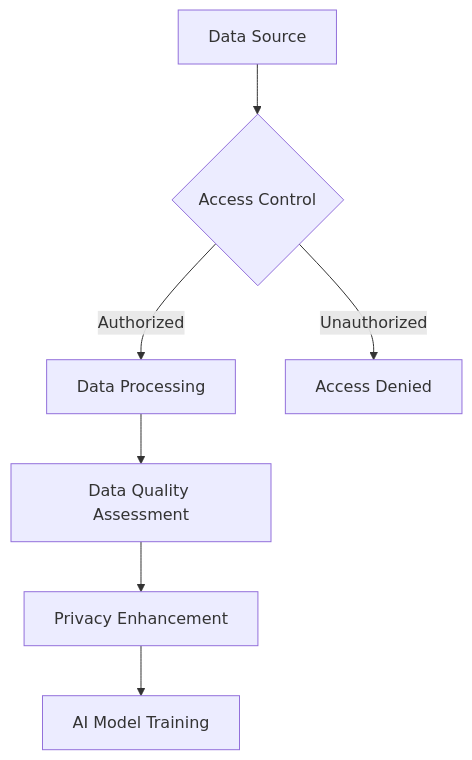
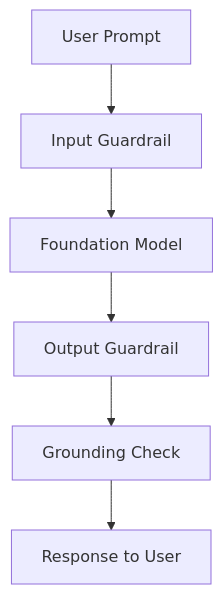
One commit to CloudCityPress/aws-aif-c01 changed the third of 5 diagrams in english/50_10_Methods_to_secure_AI_systems.md. Above: the diagram before and after it, drawn with Mermaid. The commit also changed other lines of this file and 76 other files, not shown here.

````diff
--- a/english/50_10_Methods_to_secure_AI_systems.md
+++ b/english/50_10_Methods_to_secure_AI_systems.md
@@ -185,10 +120,8 @@
 ```mermaid
 flowchart TD
-    A[Data Source] --> B{Access Control}
-    B -->|Authorized| C[Data Processing]
-    B -->|Unauthorized| D[Access Denied]
-    C --> E[Data Quality Assessment]
-    E --> F[Privacy Enhancement]
-    F --> G[AI Model Training]
-
+    A[User Prompt] --> B[Input Guardrail]
+    B --> C[Foundation Model]
+    C --> D[Output Guardrail]
+    D --> E[Grounding Check]
+    E --> F[Response to User]
 ```
````
